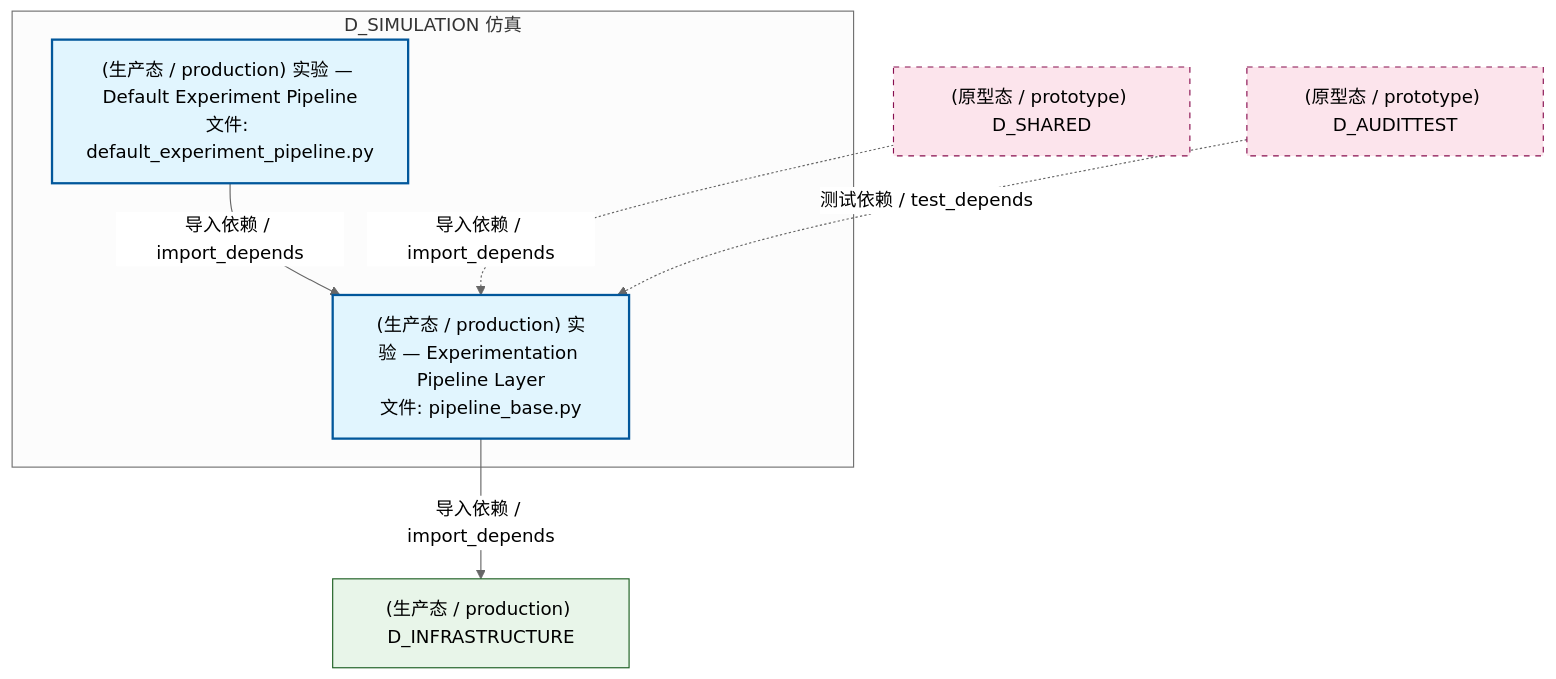
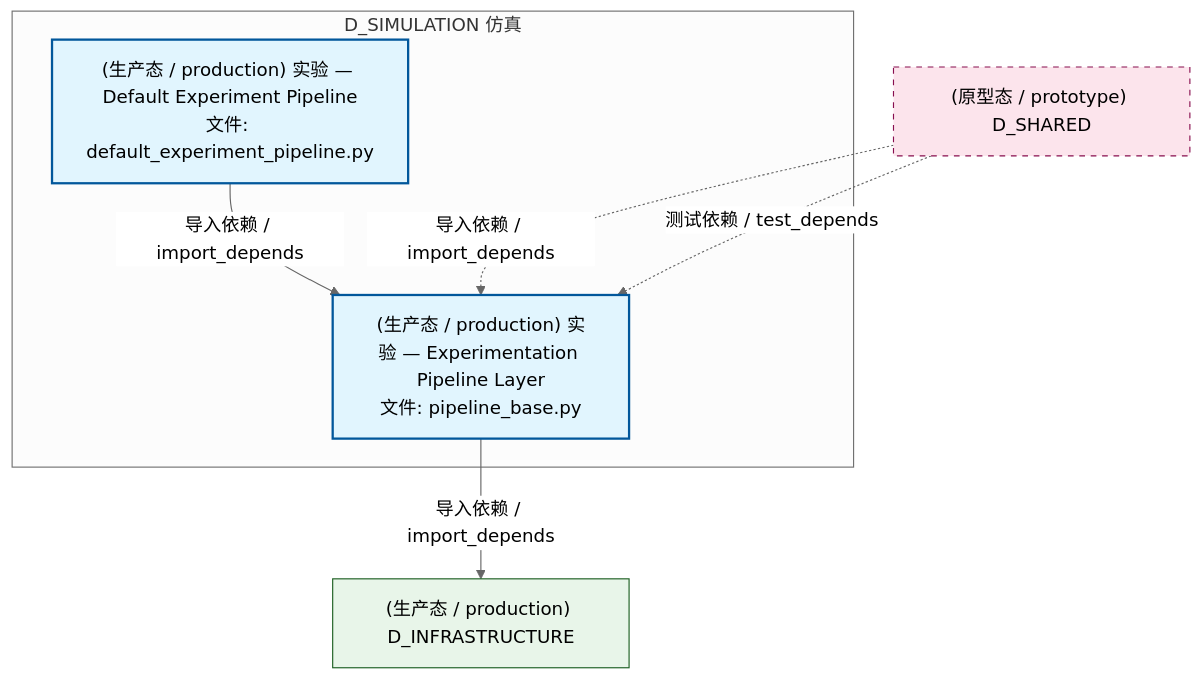
The second of 5 diagrams in docs/02_enterprise_architecture/02_domain_architecture_docs/55_d_simulation.md (xuanFelixVan/ZephyrAlpha), drawn with Mermaid (neutral theme) before and after one commit. The commit also changed other lines of this file and 112 other files, not shown here.

````diff
--- a/docs/02_enterprise_architecture/02_domain_architecture_docs/55_d_simulation.md
+++ b/docs/02_enterprise_architecture/02_domain_architecture_docs/55_d_simulation.md
@@ -113,21 +112,20 @@
 ```mermaid
 graph TD
     subgraph D_SIMULATION["D_SIMULATION 仿真"]
         src_zephyr_simulation_implementations_default_experiment_pipeline_py["(生产态 / production) 实验 — Default Experiment Pipeline<br/>文件: default_experiment_pipeline.py"]
         src_zephyr_simulation_pipeline_base_py["(生产态 / production) 实验 — Experimentation Pipeline Layer<br/>文件: pipeline_base.py"]
     end
     src_zephyr_simulation_implementations_default_experiment_pipeline_py -->|导入依赖 / import_depends| src_zephyr_simulation_pipeline_base_py
     D_INFRASTRUCTURE["(生产态 / production) D_INFRASTRUCTURE"]
     src_zephyr_simulation_pipeline_base_py -->|导入依赖 / import_depends| D_INFRASTRUCTURE
     D_SHARED["(原型态 / prototype) D_SHARED"]
     D_SHARED -.->|导入依赖 / import_depends| src_zephyr_simulation_pipeline_base_py
-    D_AUDITTEST["(原型态 / prototype) D_AUDITTEST"]
-    D_AUDITTEST -.->|测试依赖 / test_depends| src_zephyr_simulation_pipeline_base_py
+    D_SHARED -.->|测试依赖 / test_depends| src_zephyr_simulation_pipeline_base_py
     classDef production fill:#e1f5fe,stroke:#01579b,stroke-width:2px,color:#000
     classDef design fill:#fff3e0,stroke:#e65100,stroke-width:2px,color:#000,stroke-dasharray: 5 5
     classDef external_prod fill:#e8f5e9,stroke:#1b5e20,stroke-width:1px,color:#000
     classDef external_design fill:#fce4ec,stroke:#880e4f,stroke-width:1px,color:#000,stroke-dasharray: 5 5
     class src_zephyr_simulation_implementations_default_experiment_pipeline_py,src_zephyr_simulation_pipeline_base_py production
     class D_INFRASTRUCTURE external_prod
-    class D_SHARED,D_AUDITTEST external_design
+    class D_SHARED external_design
 ```
````
